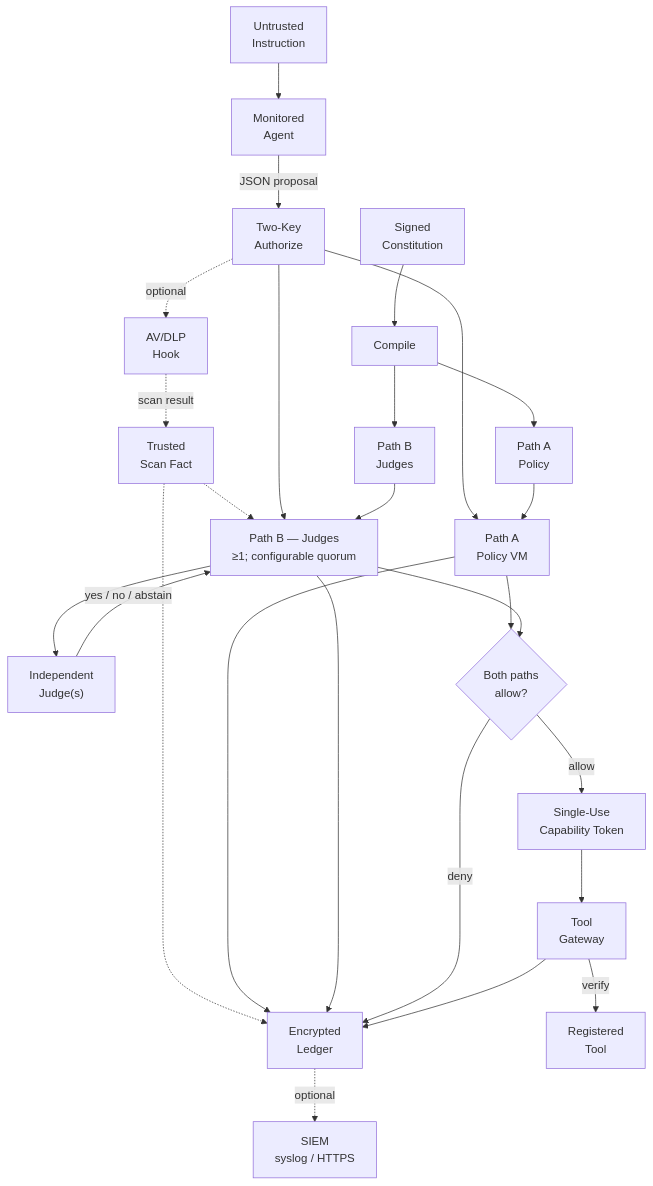
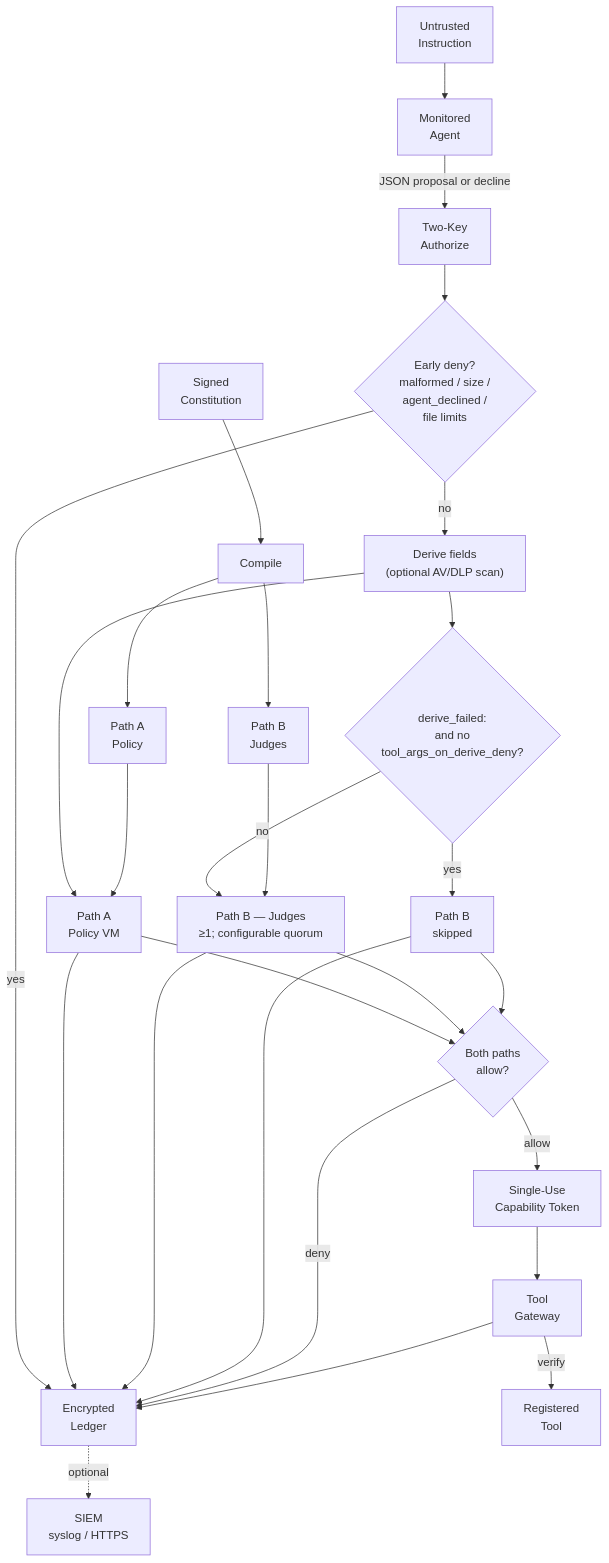
The second of 4 diagrams in README.md (Insomniac-VibeLabs/two-key), drawn with Mermaid before and after one commit.

````diff
--- a/README.md
+++ b/README.md
@@ -269,41 +269,38 @@
 ```mermaid
 flowchart TD
   constitution["Signed<br/>Constitution"] --> compile["Compile"]
   compile --> bytecode["Path A<br/>Policy"]
   compile --> judgeText["Path B<br/>Judges"]
 
   instruction["Untrusted<br/>Instruction"] --> agent["Monitored<br/>Agent"]
-  agent -->|"JSON proposal"| authorize["Two-Key<br/>Authorize"]
+  agent -->|"JSON proposal or decline"| authorize["Two-Key<br/>Authorize"]
 
-  authorize --> pathA["Path A<br/>Policy VM"]
+  authorize --> early{"Early deny?<br/>malformed / size /<br/>agent_declined /<br/>file limits"}
+  early -->|yes| ledger["Encrypted<br/>Ledger"]
+  early -->|no| derive["Derive fields<br/>(optional AV/DLP scan)"]
 
-  authorize -.->|"optional"| scanner["AV/DLP<br/>Hook"]
-  scanner -.->|"scan result"| scanfact["Trusted<br/>Scan Fact"]
+  derive --> pathA["Path A<br/>Policy VM"]
+  bytecode --> pathA
 
-  scanfact -.-> pathB["Path B — Judges<br/>≥1; configurable quorum"]
-  scanfact -.-> ledger["Encrypted<br/>Ledger"]
-
-  authorize --> pathB
+  derive --> pbCheck{"derive_failed:<br/>and no<br/>tool_args_on_derive_deny?"}
+  pbCheck -->|yes| skipped["Path B<br/>skipped"]
+  pbCheck -->|no| pathB["Path B — Judges<br/>≥1; configurable quorum"]
   judgeText --> pathB
-
-  pathB --> judges["Independent<br/>Judge(s)"]
-  judges -->|"yes / no / abstain"| pathB
-
-  bytecode --> pathA
 
   pathA --> gate{"Both paths<br/>allow?"}
   pathB --> gate
+  skipped --> gate
 
   pathA --> ledger
   pathB --> ledger
+  skipped --> ledger
 
-  gate -->|"deny"| ledger
-  gate -->|"allow"| token["Single-Use<br/>Capability Token"]
+  gate -->|deny| ledger
+  gate -->|allow| token["Single-Use<br/>Capability Token"]
 
   token --> gateway["Tool<br/>Gateway"]
-
   gateway -->|"verify"| tool["Registered<br/>Tool"]
   gateway --> ledger
 
   ledger -.->|"optional"| siem["SIEM<br/>syslog / HTTPS"]
 ```
````
